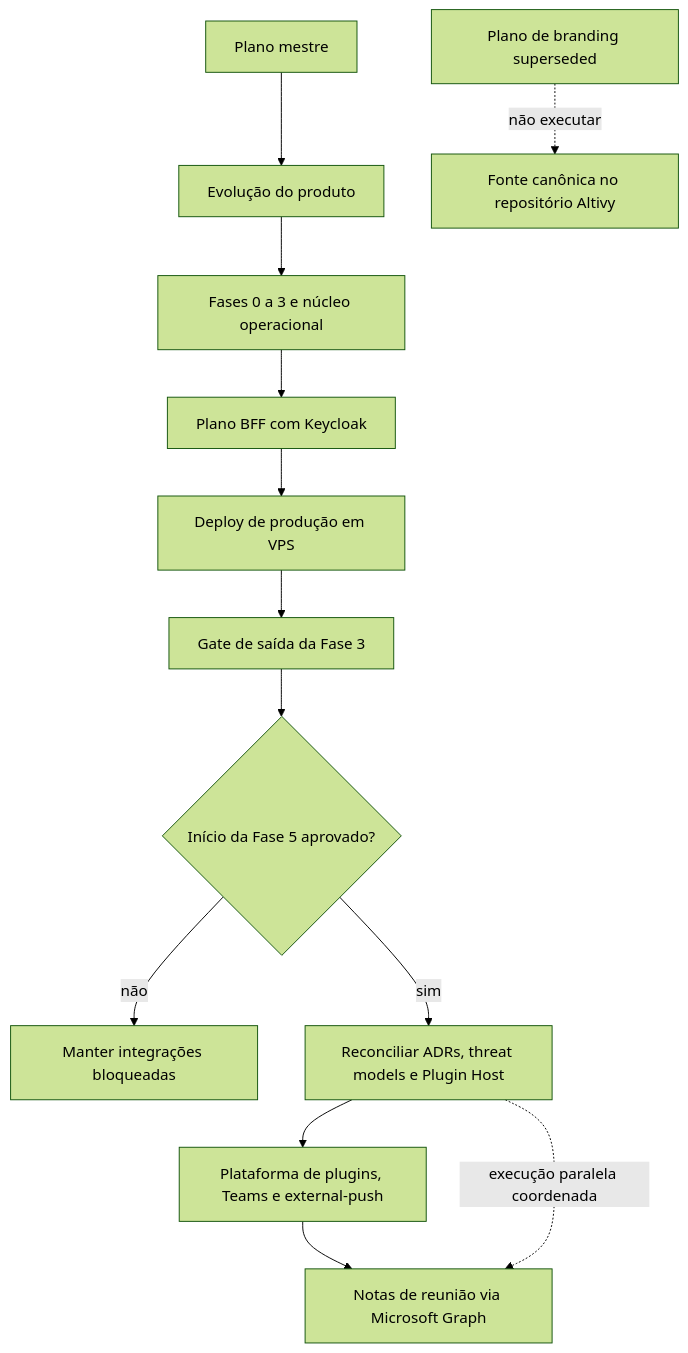
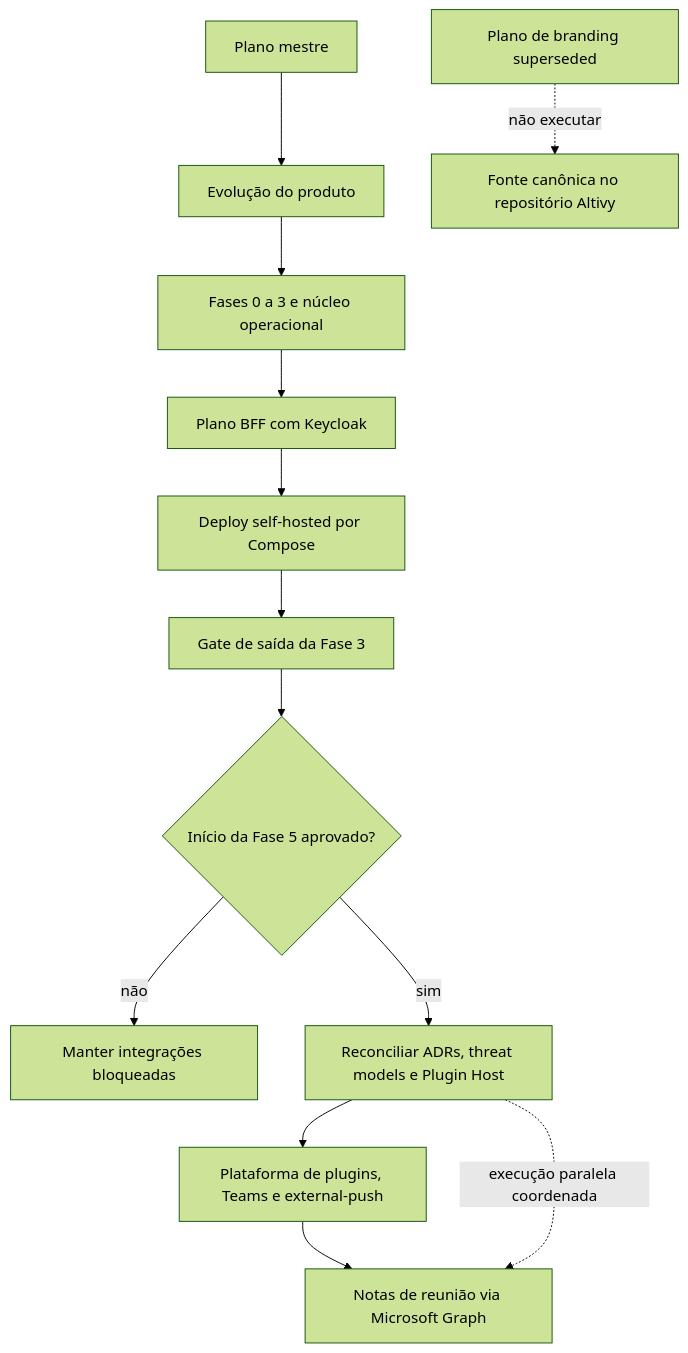
Before and after one commit to altivy-it/nodra: the second of 2 diagrams in docs/plano-mestre.md, drawn with Mermaid (forest theme). The commit also changed other lines of this file and 32 other files, not shown here.

First line of the commit message:
Refactor deployment strategy to self-hosted model using Docker Compose

````diff
--- a/docs/plano-mestre.md
+++ b/docs/plano-mestre.md
@@ -435,15 +436,15 @@
 ```mermaid
 flowchart TD
      Master[Plano mestre] --> Evolution[Evolução do produto]
      Evolution --> Foundation[Fases 0 a 3 e núcleo operacional]
      Foundation --> Bff[Plano BFF com Keycloak]
-    Bff --> Production[Deploy de produção em VPS]
+    Bff --> Production[Deploy self-hosted por Compose]
     Production --> CorporateGate[Gate de saída da Fase 3]
      CorporateGate --> HumanGate{Início da Fase 5 aprovado?}
      HumanGate -->|não| Stop[Manter integrações bloqueadas]
     HumanGate -->|sim| Shared[Reconciliar ADRs, threat models e Plugin Host]
     Shared --> Push[Plataforma de plugins, Teams e external-push]
      Push --> Graph[Notas de reunião via Microsoft Graph]
      Shared -. execução paralela coordenada .-> Graph
      Branding[Plano de branding superseded] -. não executar .-> BrandSource[Fonte canônica no repositório Altivy]
 ```
````
